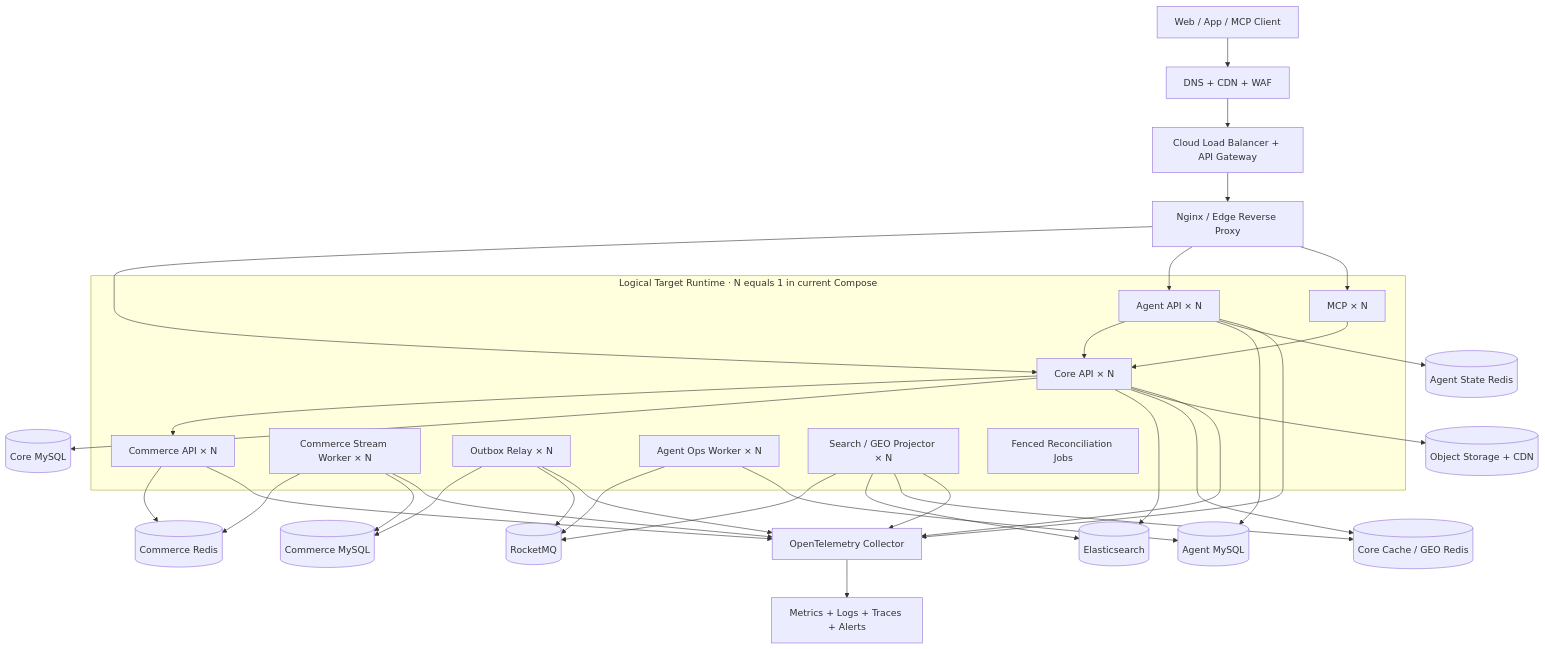
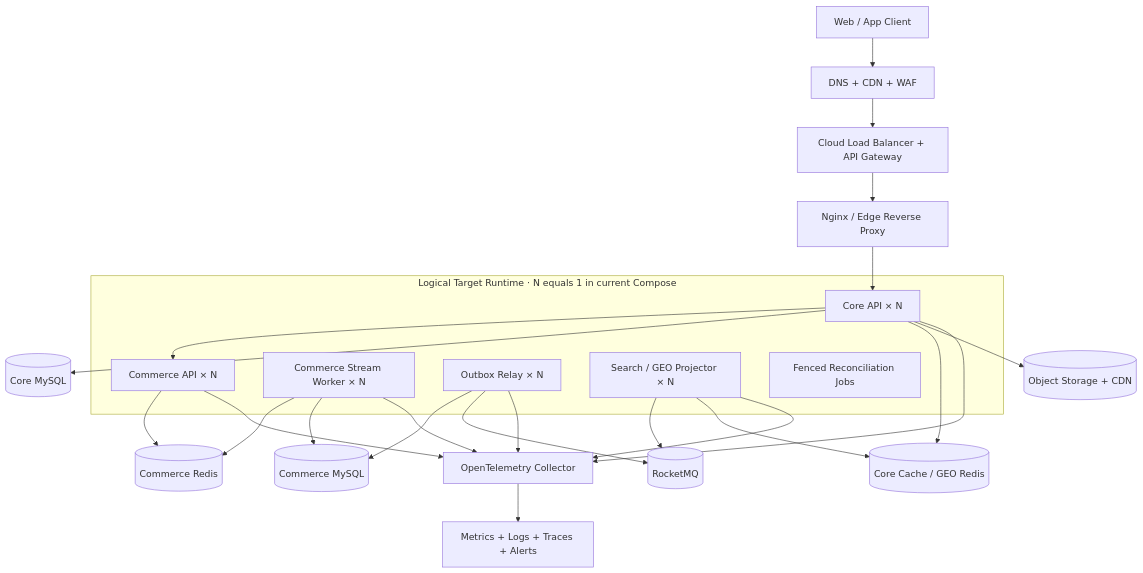
Before and after one commit to Tancaject/CityCopilot: the first of 3 diagrams in docs/architecture/design-citycopilot-production-high-concurrency.md, drawn with Mermaid. The commit also changed other lines of this file and 556 other files, not shown here.

````diff
--- a/docs/architecture/design-citycopilot-production-high-concurrency.md
+++ b/docs/architecture/design-citycopilot-production-high-concurrency.md
@@ -95,50 +88,36 @@
 ```mermaid
 flowchart TB
-    U["Web / App / MCP Client"] --> EDGE["DNS + CDN + WAF"]
+    U["Web / App Client"] --> EDGE["DNS + CDN + WAF"]
     EDGE --> GW["Cloud Load Balancer + API Gateway"]
     GW --> PROXY["Nginx / Edge Reverse Proxy"]
 
     subgraph APP["Logical Target Runtime · N equals 1 in current Compose"]
         CORE["Core API × N"]
-        AGENT["Agent API × N"]
-        MCP["MCP × N"]
         COMAPI["Commerce API × N"]
         COMWORKER["Commerce Stream Worker × N"]
         RELAY["Outbox Relay × N"]
-        OPS["Agent Ops Worker × N"]
         PROJECTOR["Search / GEO Projector × N"]
         RECON["Fenced Reconciliation Jobs"]
     end
 
     PROXY --> CORE
-    PROXY --> AGENT
-    PROXY --> MCP
     CORE --> COMAPI
-    AGENT --> CORE
-    MCP --> CORE
 
     CORE --> COREDB[("Core MySQL")]
-    AGENT --> AGENTDB[("Agent MySQL")]
     COMAPI --> COMREDIS[("Commerce Redis")]
     COMWORKER --> COMREDIS
     COMWORKER --> COMDB[("Commerce MySQL")]
     RELAY --> COMDB
     RELAY --> MQ[("RocketMQ")]
-    OPS --> MQ
-    OPS --> AGENTDB
     PROJECTOR --> MQ
-    PROJECTOR --> ES[("Elasticsearch")]
     PROJECTOR --> APPREDIS[("Core Cache / GEO Redis")]
-    CORE --> ES
     CORE --> APPREDIS
-    AGENT --> AGENTREDIS[("Agent State Redis")]
     CORE --> OBJ[("Object Storage + CDN")]
 
     CORE --> OTEL["OpenTelemetry Collector"]
-    AGENT --> OTEL
     COMAPI --> OTEL
     COMWORKER --> OTEL
     RELAY --> OTEL
     PROJECTOR --> OTEL
     OTEL --> OBS["Metrics + Logs + Traces + Alerts"]
 ```
````
